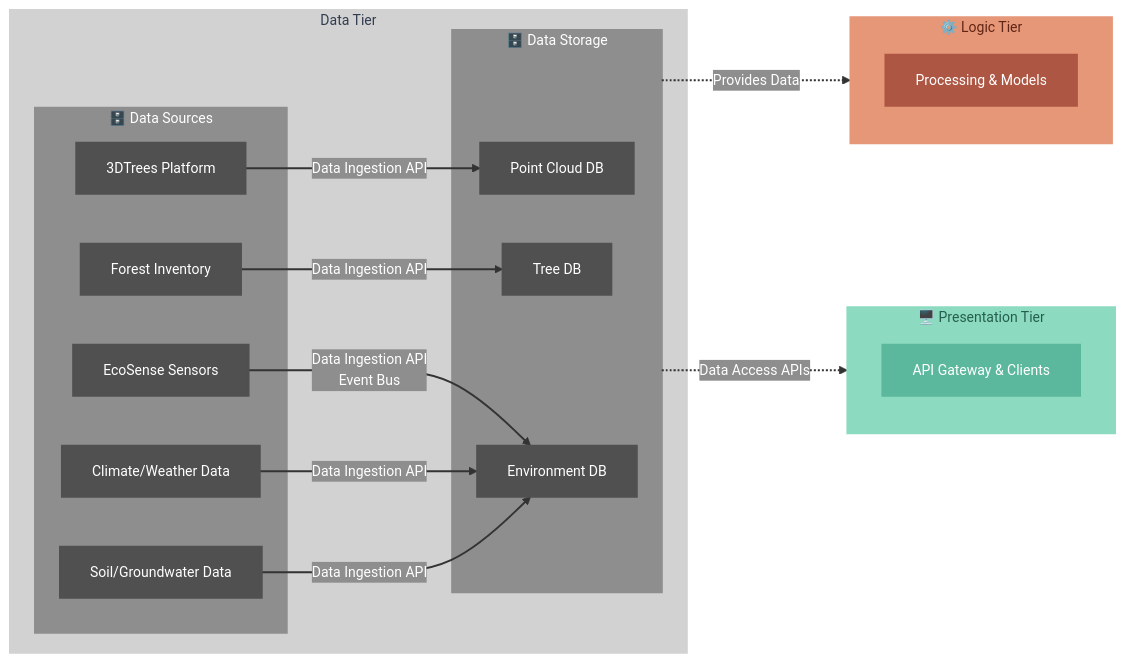
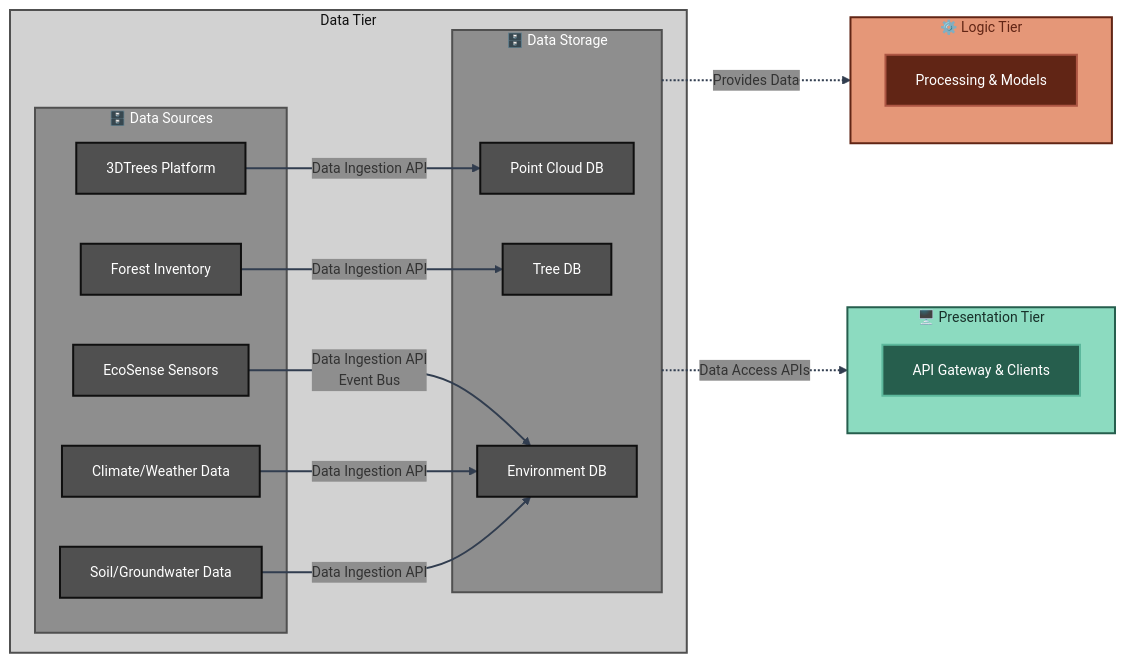
The second of 4 diagrams in docs/architecture/detailed-architecture.md (XRFutureForests/digital-twin-db), drawn with Mermaid before and after one commit. The commit also changed other lines of this file and 13 other files, not shown here.

````diff
--- a/docs/architecture/detailed-architecture.md
+++ b/docs/architecture/detailed-architecture.md
@@ -64,62 +67,67 @@
 ```mermaid
 %%{
 init: {
 'theme': 'base',
 'themeVariables': {
 'fontSize': '14px',
 'secondaryColor': '#8e8e8e'
 }
 }
 }%%
 flowchart LR
 subgraph DATA_TIER["Data Tier"]
 subgraph SOURCES["🗄️ Data Sources"]
 S1[3DTrees Platform]
 S2[EcoSense Sensors]
 S3[Climate/Weather Data]
 S4[Soil/Groundwater Data]
 S5[Forest Inventory]
 end
 
 subgraph STORAGE["🗄️ Data Storage"]
 DB1[Point Cloud DB]
 DB2[Tree DB]
 DB3[Environment DB]
 end
 end
 
 subgraph LOGIC_REF["⚙️ Logic Tier"]
 L_REF[Processing & Models]
 end
 
 subgraph PRESENTATION_REF["🖥️ Presentation Tier"]
 P_REF[API Gateway & Clients]
 end
 
 S1 -->|Data Ingestion API| DB1
 S2 -->|Data Ingestion API<br/>Event Bus| DB3
 S3 -->|Data Ingestion API| DB3
 S4 -->|Data Ingestion API| DB3
 S5 -->|Data Ingestion API| DB2
 
 STORAGE -.->|Provides Data| LOGIC_REF
 STORAGE -.->|Data Access APIs| PRESENTATION_REF
 
-classDef dataBack fill:#d2d2d2,stroke:#d2d2d2,stroke-width:2px,color:#313d4f
-classDef dataTier fill:#8e8e8e,stroke:#8e8e8e,stroke-width:2px,color:#ffffff
-classDef logicTier fill:#e59778,stroke:#e59778,stroke-width:2px,color:#612515
-classDef presentationTier fill:#8cdbc0,stroke:#8cdbc0,stroke-width:2px,color:#265e4d
-classDef dataNode fill:#505050,stroke:#505050,stroke-width:2px,color:#ffffff
-classDef logicNode fill:#ad5643,stroke:#ad5643,stroke-width:2px,color:#ffffff
-classDef presentationNode fill:#5cb89c,stroke:#5cb89c,stroke-width:2px,color:#ffffff
+%% Higher level tiers - light colors
+classDef dataBack fill:#d2d2d2,stroke:#505050,stroke-width:2px,color:#0f0f0f
+classDef logicTier fill:#e59778,stroke:#612515,stroke-width:2px,color:#612515
+classDef presentationTier fill:#8cdbc0,stroke:#265e4d,stroke-width:2px,color:#183029
+
+%% Mid-level subgraphs - medium colors  
+classDef dataTier fill:#8e8e8e,stroke:#505050,stroke-width:2px,color:#ffffff
+
+%% Nodes - darkest colors
+classDef dataNode fill:#505050,stroke:#0f0f0f,stroke-width:2px,color:#ffffff
+classDef logicNode fill:#612515,stroke:#ad5643,stroke-width:2px,color:#ffffff
+classDef presentationNode fill:#265e4d,stroke:#5cb89c,stroke-width:2px,color:#ffffff
 
 class DATA_TIER dataBack
 class SOURCES,STORAGE dataTier
 class S1,S2,S3,S4,S5,DB1,DB2,DB3 dataNode
 class LOGIC_REF logicTier
 class L_REF logicNode
 class PRESENTATION_REF presentationTier
 class P_REF presentationNode
 
-linkStyle 0,1,2,3,4,5,6 stroke:#333333,stroke-width:2px,color:#ffffff
+linkStyle 0,1,2,3,4,5,6 stroke:#313d4f,stroke-width:2px
 ```
````
